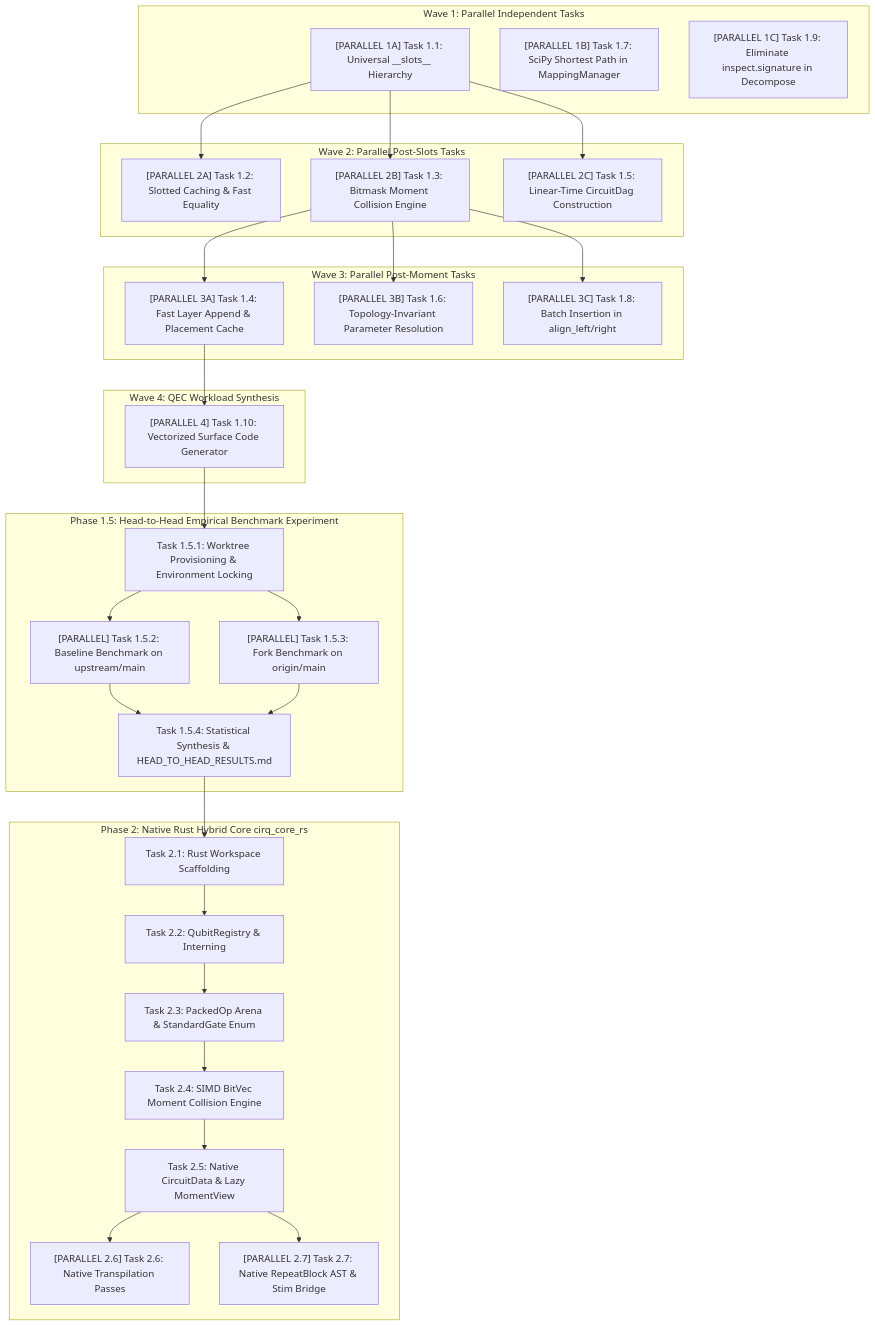
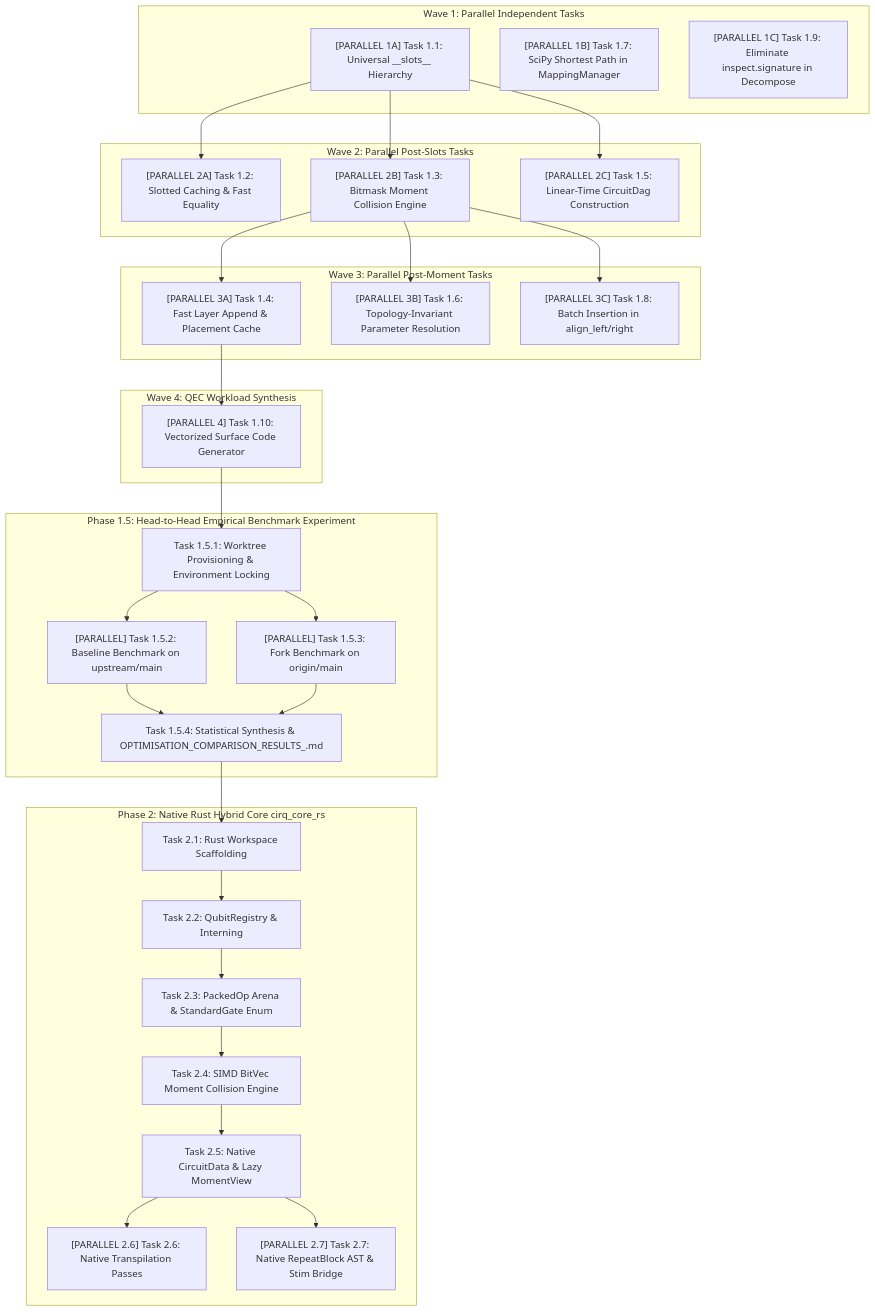
One commit to akushnarov/Cirq changed the diagram in TASKS.md. Above: the diagram before and after it, drawn with Mermaid. The commit also changed other lines of this file and 1 other file, not shown here.

Commit message:
docs: enforce OPTIMISATION_COMPARISON_RESULTS_<DATE-TIME>.md naming and 3-part structure

````diff
--- a/TASKS.md
+++ b/TASKS.md
@@ -157,56 +157,56 @@
 ```mermaid
 graph TD
     subgraph "Wave 1: Parallel Independent Tasks"
         T1_1["[PARALLEL 1A] Task 1.1: Universal __slots__ Hierarchy"]
         T1_7["[PARALLEL 1B] Task 1.7: SciPy Shortest Path in MappingManager"]
         T1_9["[PARALLEL 1C] Task 1.9: Eliminate inspect.signature in Decompose"]
     end
 
     subgraph "Wave 2: Parallel Post-Slots Tasks"
         T1_2["[PARALLEL 2A] Task 1.2: Slotted Caching & Fast Equality"]
         T1_3["[PARALLEL 2B] Task 1.3: Bitmask Moment Collision Engine"]
         T1_5["[PARALLEL 2C] Task 1.5: Linear-Time CircuitDag Construction"]
     end
 
     subgraph "Wave 3: Parallel Post-Moment Tasks"
         T1_4["[PARALLEL 3A] Task 1.4: Fast Layer Append & Placement Cache"]
         T1_6["[PARALLEL 3B] Task 1.6: Topology-Invariant Parameter Resolution"]
         T1_8["[PARALLEL 3C] Task 1.8: Batch Insertion in align_left/right"]
     end
 
     subgraph "Wave 4: QEC Workload Synthesis"
         T1_10["[PARALLEL 4] Task 1.10: Vectorized Surface Code Generator"]
     end
 
     T1_1 --> T1_2
     T1_1 --> T1_3
     T1_1 --> T1_5
     T1_3 --> T1_4
     T1_3 --> T1_6
     T1_3 --> T1_8
     T1_4 --> T1_10
 
     subgraph "Phase 1.5: Head-to-Head Empirical Benchmark Experiment"
         T1_5_1["Task 1.5.1: Worktree Provisioning & Environment Locking"]
         T1_5_2["[PARALLEL] Task 1.5.2: Baseline Benchmark on upstream/main"]
         T1_5_3["[PARALLEL] Task 1.5.3: Fork Benchmark on origin/main"]
-        T1_5_4["Task 1.5.4: Statistical Synthesis & HEAD_TO_HEAD_RESULTS.md"]
+        T1_5_4["Task 1.5.4: Statistical Synthesis & OPTIMISATION_COMPARISON_RESULTS_<DATE-TIME>.md"]
     end
 
     T1_10 --> T1_5_1
     T1_5_1 --> T1_5_2
     T1_5_1 --> T1_5_3
     T1_5_2 --> T1_5_4
     T1_5_3 --> T1_5_4
 
     subgraph "Phase 2: Native Rust Hybrid Core cirq_core_rs"
         T2_1[Task 2.1: Rust Workspace Scaffolding] --> T2_2[Task 2.2: QubitRegistry & Interning]
         T2_2 --> T2_3[Task 2.3: PackedOp Arena & StandardGate Enum]
         T2_3 --> T2_4[Task 2.4: SIMD BitVec Moment Collision Engine]
         T2_4 --> T2_5[Task 2.5: Native CircuitData & Lazy MomentView]
         T2_5 --> T2_6["[PARALLEL 2.6] Task 2.6: Native Transpilation Passes"]
         T2_5 --> T2_7["[PARALLEL 2.7] Task 2.7: Native RepeatBlock AST & Stim Bridge"]
     end
 
     T1_5_4 --> T2_1
 ```
````
